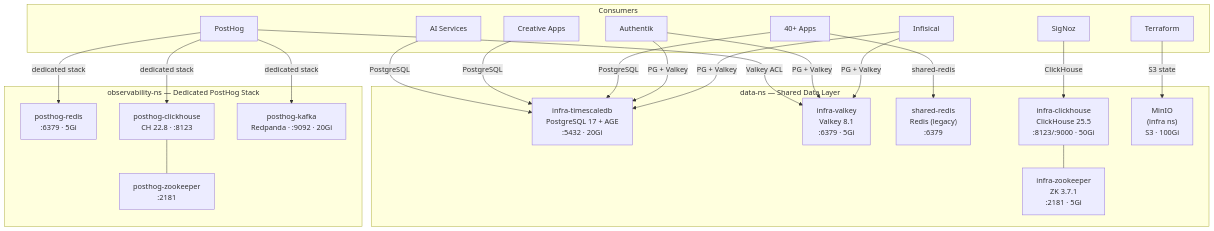
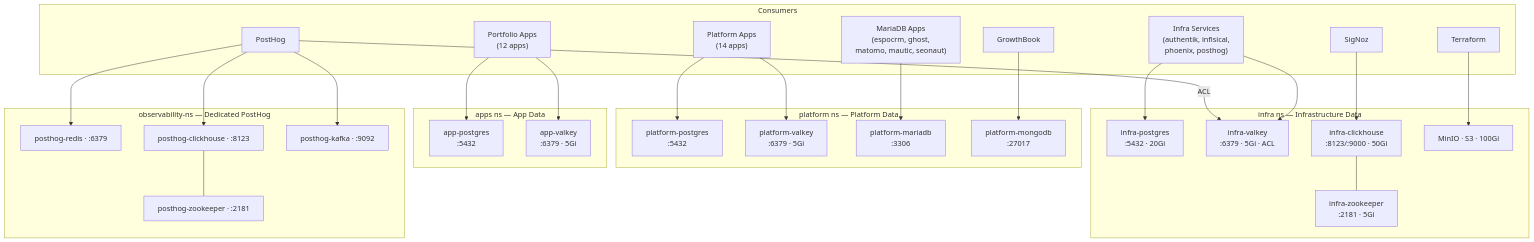
Before and after one commit to the-robot-lives/claude-assist: the seventh of 10 diagrams in docs/infrastructure-topology.md, drawn with Mermaid. The commit also changed other lines of this file and 64 other files, not shown here.

````diff
--- a/docs/infrastructure-topology.md
+++ b/docs/infrastructure-topology.md
@@ -281,34 +266,44 @@
 ```mermaid
 flowchart TB
-    subgraph "data-ns — Shared Data Layer"
-        PG["infra-timescaledb\nPostgreSQL 17 + AGE\n:5432 · 20Gi"]
-        VK["infra-valkey\nValkey 8.1\n:6379 · 5Gi"]
-        SR["shared-redis\nRedis (legacy)\n:6379"]
-        CH["infra-clickhouse\nClickHouse 25.5\n:8123/:9000 · 50Gi"]
-        ZK["infra-zookeeper\nZK 3.7.1\n:2181 · 5Gi"]
-        MinIO_D["MinIO\n(infra ns)\nS3 · 100Gi"]
+    subgraph "infra ns — Infrastructure Data"
+        IPG["infra-postgres\n:5432 · 20Gi"]
+        IVK["infra-valkey\n:6379 · 5Gi · ACL"]
+        CH["infra-clickhouse\n:8123/:9000 · 50Gi"]
+        ZK["infra-zookeeper\n:2181 · 5Gi"]
+        MinIO_D["MinIO · S3 · 100Gi"]
     end
 
-    subgraph "observability-ns — Dedicated PostHog Stack"
-        PHR["posthog-redis\n:6379 · 5Gi"]
-        PHCH["posthog-clickhouse\nCH 22.8 · :8123"]
-        PHZK["posthog-zookeeper\n:2181"]
-        PHK["posthog-kafka\nRedpanda · :9092 · 20Gi"]
+    subgraph "platform ns — Platform Data"
+        PPG["platform-postgres\n:5432"]
+        PVK["platform-valkey\n:6379 · 5Gi"]
+        PMD["platform-mariadb\n:3306"]
+        PMG["platform-mongodb\n:27017"]
+    end
+
+    subgraph "apps ns — App Data"
+        APG["app-postgres\n:5432"]
+        AVK["app-valkey\n:6379 · 5Gi"]
+    end
+
+    subgraph "observability-ns — Dedicated PostHog"
+        PHR["posthog-redis · :6379"]
+        PHCH["posthog-clickhouse · :8123"]
+        PHZK["posthog-zookeeper · :2181"]
+        PHK["posthog-kafka · :9092"]
     end
 
     subgraph "Consumers"
-        Infisical_C["Infisical"] -->|PG + Valkey| PG & VK
-        Authentik_C["Authentik"] -->|PG + Valkey| PG & VK
-        SigNoz_C["SigNoz"] -->|ClickHouse| CH
-        PostHog_C["PostHog"] -->|dedicated stack| PHR & PHCH & PHK
-        PostHog_C -->|Valkey ACL| VK
-        Apps_C["40+ Apps"] -->|PostgreSQL| PG
-        Apps_C -->|"shared-redis"| SR
-        Creative_C["Creative Apps"] -->|PostgreSQL| PG
-        AI_C["AI Services"] -->|PostgreSQL| PG
-        TF_C["Terraform"] -->|S3 state| MinIO_D
+        IC["Infra Services\n(authentik, infisical,\nphoenix, posthog)"] --> IPG & IVK
+        SC["SigNoz"] --> CH
+        PC["PostHog"] --> PHR & PHCH & PHK
+        PC -->|"ACL"| IVK
+        PlatC["Platform Apps\n(14 apps)"] --> PPG & PVK
+        PlatMC["MariaDB Apps\n(espocrm, ghost,\nmatomo, mautic, seonaut)"] --> PMD
+        PlatGC["GrowthBook"] --> PMG
+        AC["Portfolio Apps\n(12 apps)"] --> APG & AVK
+        TFC["Terraform"] --> MinIO_D
     end
 
     CH --- ZK
     PHCH --- PHZK
 ```
````
